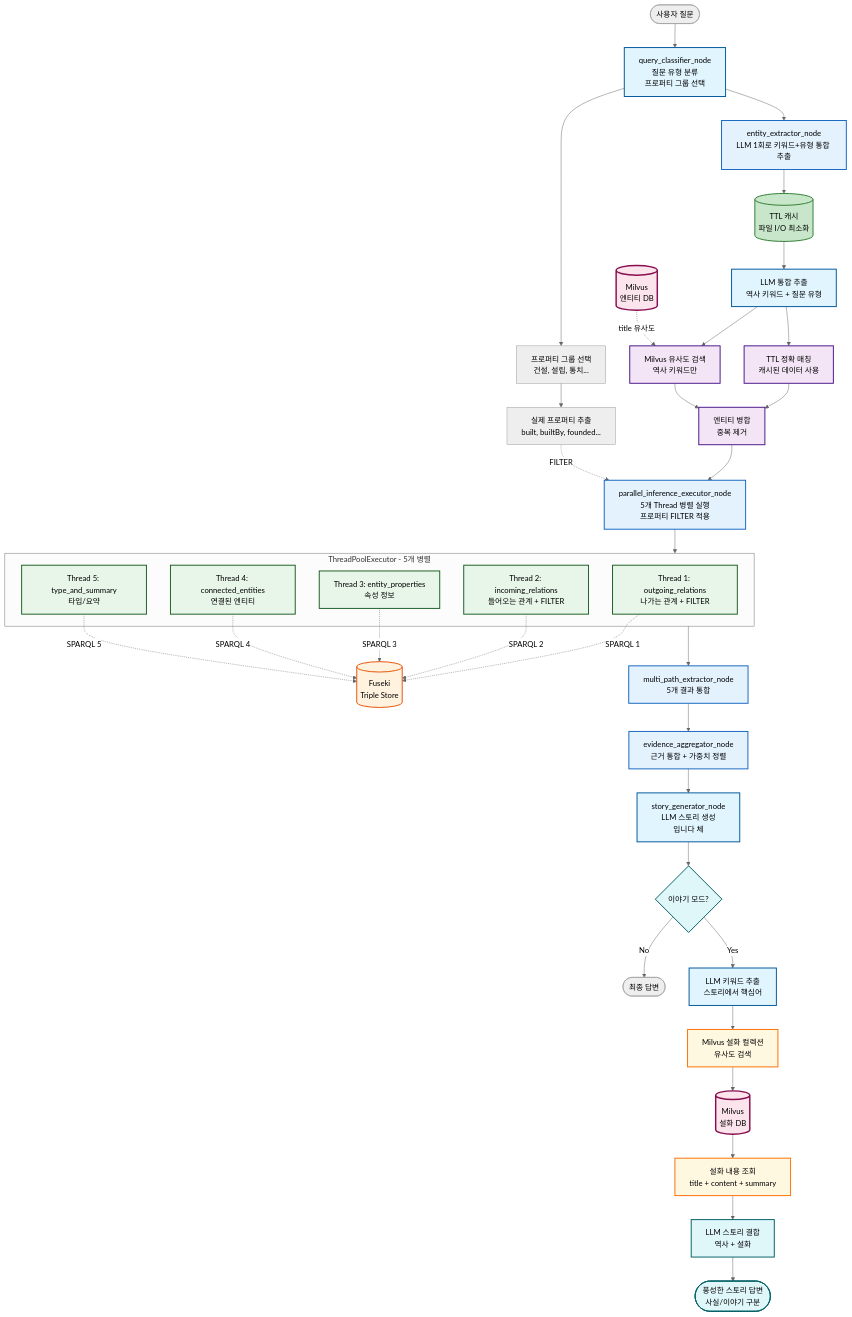
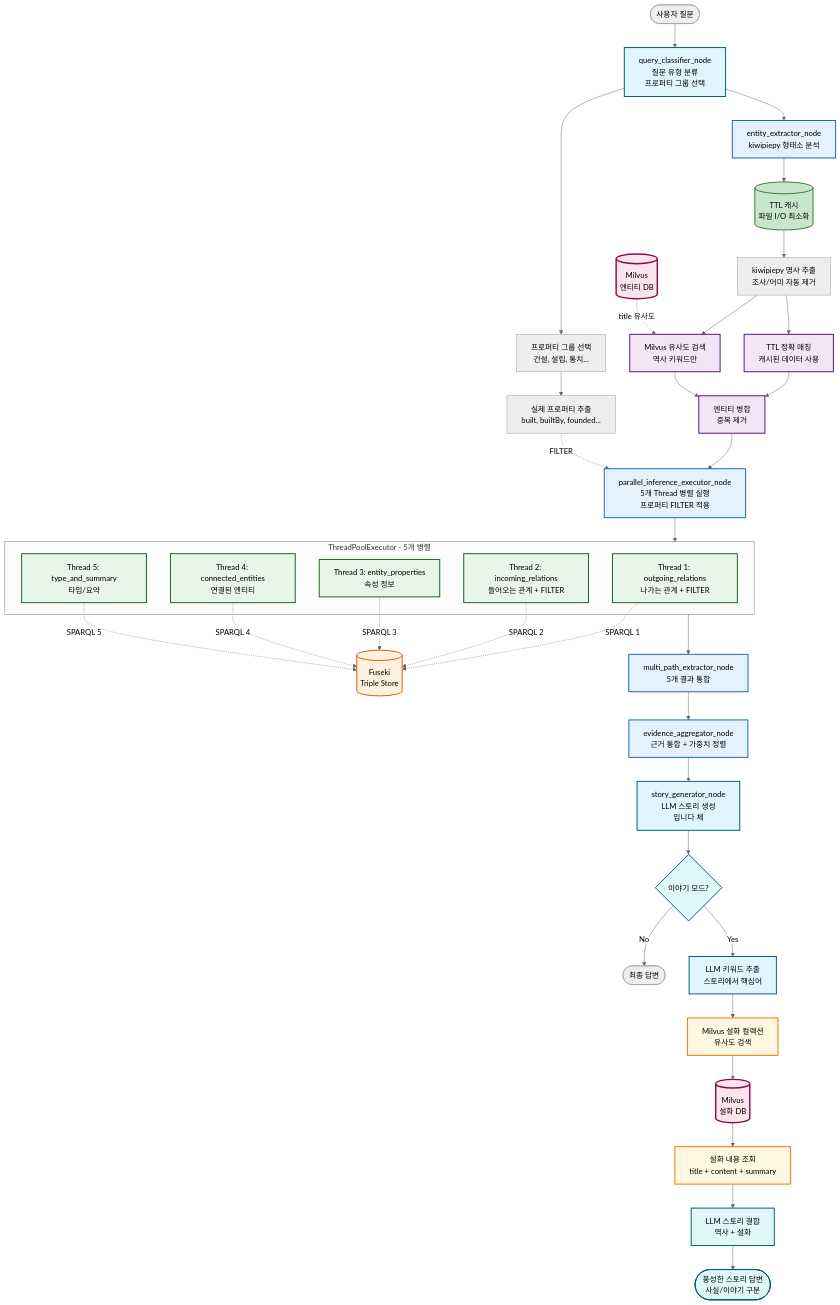
The first of 5 diagrams in backend/ontology_langgraph_structure/docs/README.md (SKNETWORKS-FAMILY-AICAMP/SKN18-FINAL-3TEAM), drawn with Mermaid (neutral theme) before and after one commit. The commit also changed other lines of this file and 5 other files, not shown here.

```diff
--- a/backend/ontology_langgraph_structure/docs/README.md
+++ b/backend/ontology_langgraph_structure/docs/README.md
@@ -9,14 +9,14 @@
     QueryClassifier --> PropGroups[프로퍼티 그룹 선택<br/>건설, 설립, 통치...]
     PropGroups --> PropList[실제 프로퍼티 추출<br/>built, builtBy, founded...]
 
-    QueryClassifier --> EntityExtractor[entity_extractor_node<br/>LLM 1회로 키워드+유형 통합 추출]
+    QueryClassifier --> EntityExtractor[entity_extractor_node<br/>kiwipiepy 형태소 분석]
 
     %% 하이브리드 엔티티 추출 최적화
     EntityExtractor --> TTLCache[(TTL 캐시<br/>파일 I/O 최소화)]
-    TTLCache --> LLMKeyword[LLM 통합 추출<br/>역사 키워드 + 질문 유형]
+    TTLCache --> KiwiExtract[kiwipiepy 명사 추출<br/>조사/어미 자동 제거]
 
-    LLMKeyword --> TTLMatch[TTL 정확 매칭<br/>캐시된 데이터 사용]
-    LLMKeyword --> MilvusSearch[Milvus 유사도 검색<br/>역사 키워드만]
+    KiwiExtract --> TTLMatch[TTL 정확 매칭<br/>캐시된 데이터 사용]
+    KiwiExtract --> MilvusSearch[Milvus 유사도 검색<br/>역사 키워드만]
 
     TTLMatch --> EntityMerge[엔티티 병합<br/>중복 제거]
     MilvusSearch --> EntityMerge
@@ -73,7 +73,8 @@
     classDef nodeStyle fill:#e3f2fd,stroke:#1565c0,stroke-width:2px
     classDef cacheNode fill:#c8e6c9,stroke:#2e7d32,stroke-width:2px
 
-    class QueryClassifier,StoryGen,LLMKeyword,KeywordExtract llmNode
+    class QueryClassifier,StoryGen,KeywordExtract llmNode
+    class KiwiExtract fill:#a5d6a7,stroke:#2e7d32,stroke-width:2px
     class Fuseki dbNode
     class Thread1,Thread2,Thread3,Thread4,Thread5 parallelNode
     class MilvusDB,FolktaleDB vectorNode
```
